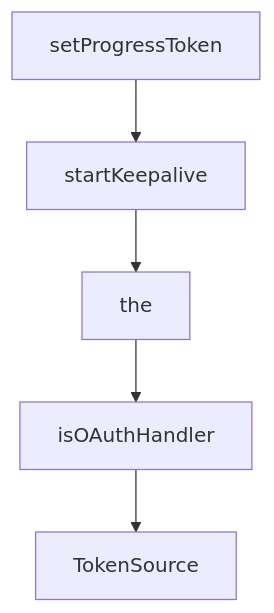
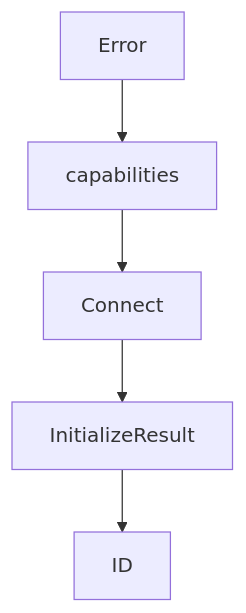
The diagram in tutorials/mcp-go-sdk-tutorial/03-transports-stdio-streamable-http-and-custom-flows.md (johnxie/awesome-code-docs), drawn with Mermaid before and after one commit. The commit also changed other lines of this file and 1232 other files, not shown here.

````diff
--- a/tutorials/mcp-go-sdk-tutorial/03-transports-stdio-streamable-http-and-custom-flows.md
+++ b/tutorials/mcp-go-sdk-tutorial/03-transports-stdio-streamable-http-and-custom-flows.md
@@ -220,12 +218,12 @@
 ```mermaid
 flowchart TD
-    A[setProgressToken]
-    B[startKeepalive]
-    C[the]
-    D[isOAuthHandler]
-    E[TokenSource]
+    A[Error]
+    B[capabilities]
+    C[Connect]
+    D[InitializeResult]
+    E[ID]
     A --> B
     B --> C
     C --> D
     D --> E
 ```
````
